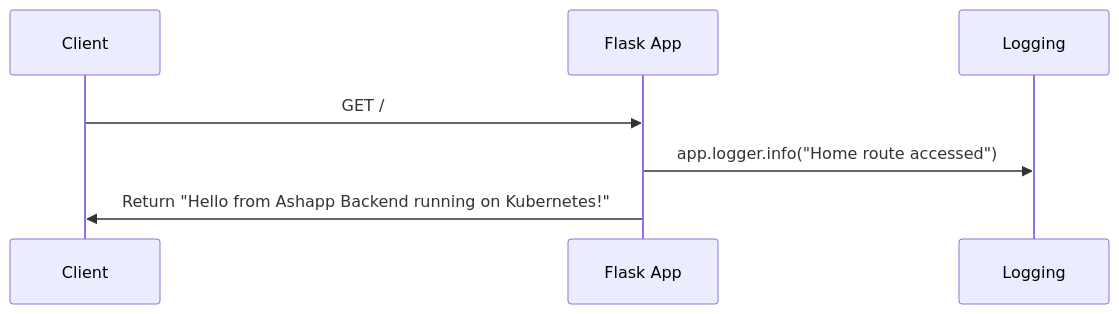
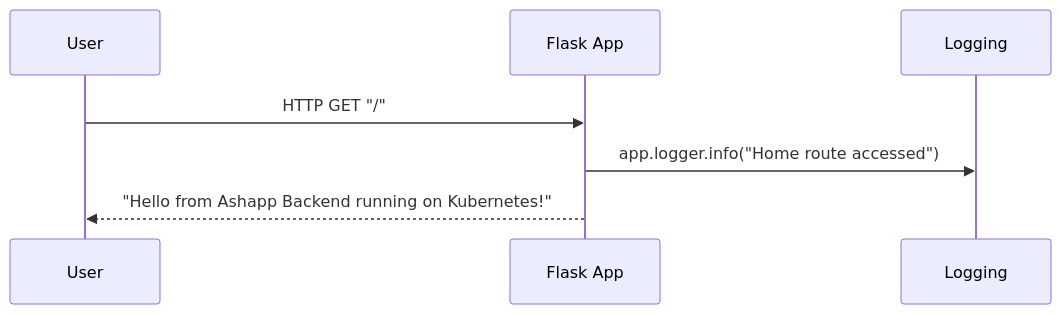
The third of 3 diagrams in DESIGN.md (ashwanth01-pixel/flaskapp), drawn with Mermaid before and after one commit. The commit also changed other lines of this file and 2 other files, not shown here.

Commit message:
Automated: Add repo analysis, fixes, UML, and design diagram

````diff
--- a/DESIGN.md
+++ b/DESIGN.md
@@ -51,10 +53,10 @@
 ```mermaid
 sequenceDiagram
-    participant Client
+    participant User
     participant Flask App
     participant Logging
 
-    Client->>Flask App: GET /
+    User->>Flask App: HTTP GET "/"
     Flask App->>Logging: app.logger.info("Home route accessed")
-    Flask App->>Client: Return "Hello from Ashapp Backend running on Kubernetes!"
+    Flask App-->>User: "Hello from Ashapp Backend running on Kubernetes!"
 ```
````
